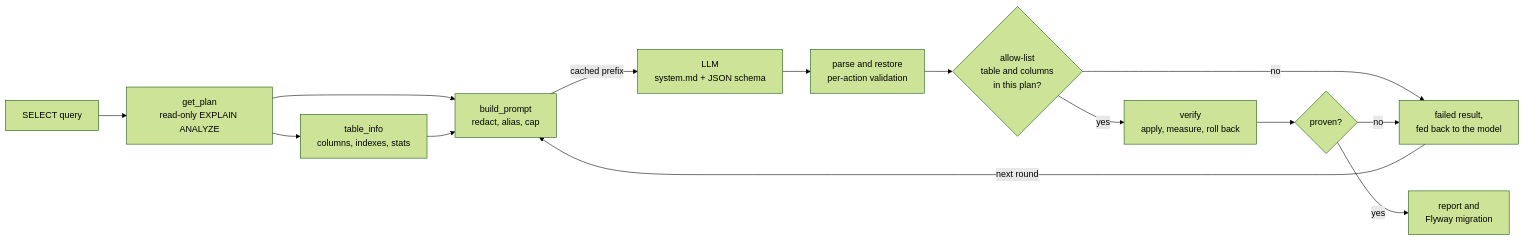
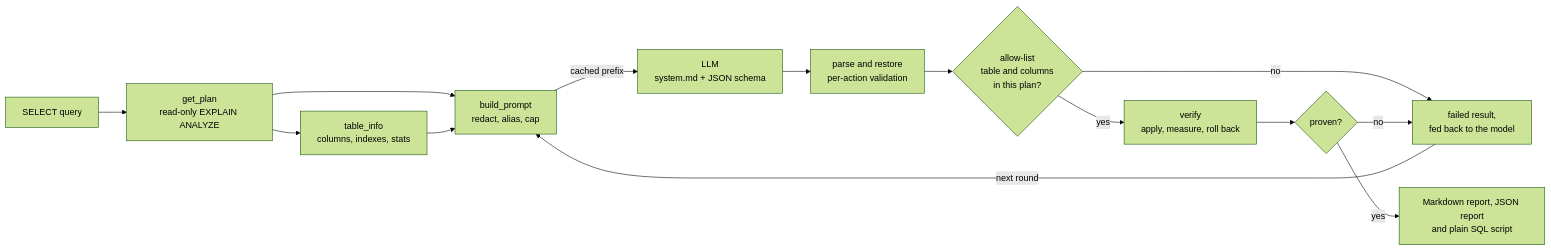
The diagram in docs/architecture.md (Rohatsahin/pgsage), drawn with Mermaid (forest theme) before and after one commit. The commit also changed other lines of this file and 47 other files, not shown here.

````diff
--- a/docs/architecture.md
+++ b/docs/architecture.md
@@ -6,16 +6,16 @@
 ```mermaid
 flowchart LR
     Q[SELECT query] --> P[get_plan<br/>read-only EXPLAIN ANALYZE]
     P --> C[table_info<br/>columns, indexes, stats]
     P --> B[build_prompt<br/>redact, alias, cap]
     C --> B
     B -->|cached prefix| L[LLM<br/>system.md + JSON schema]
     L --> R[parse and restore<br/>per-action validation]
     R --> A{allow-list<br/>table and columns<br/>in this plan?}
     A -- no --> F[failed result,<br/>fed back to the model]
     A -- yes --> V[verify<br/>apply, measure, roll back]
     V --> J{proven?}
-    J -- yes --> M[report and<br/>Flyway migration]
+    J -- yes --> M[Markdown report, JSON report<br/>and plain SQL script]
     J -- no --> F
     F -->|next round| B
 ```
````
